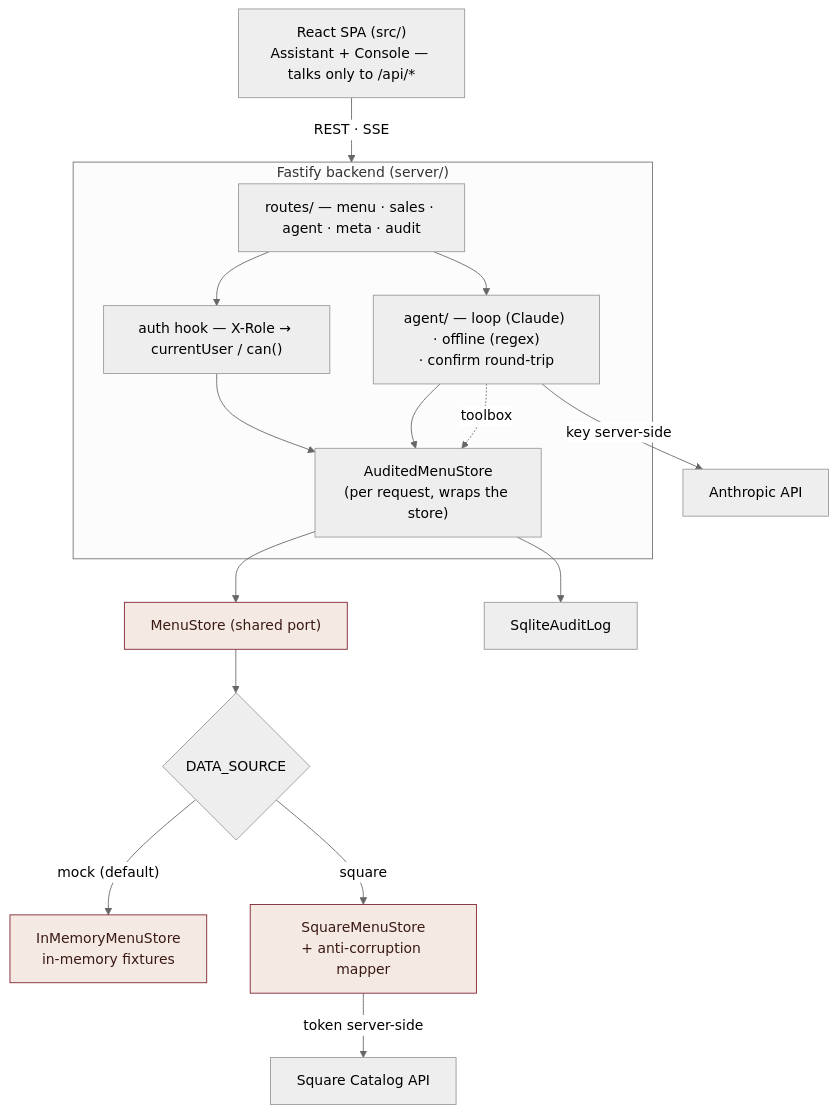
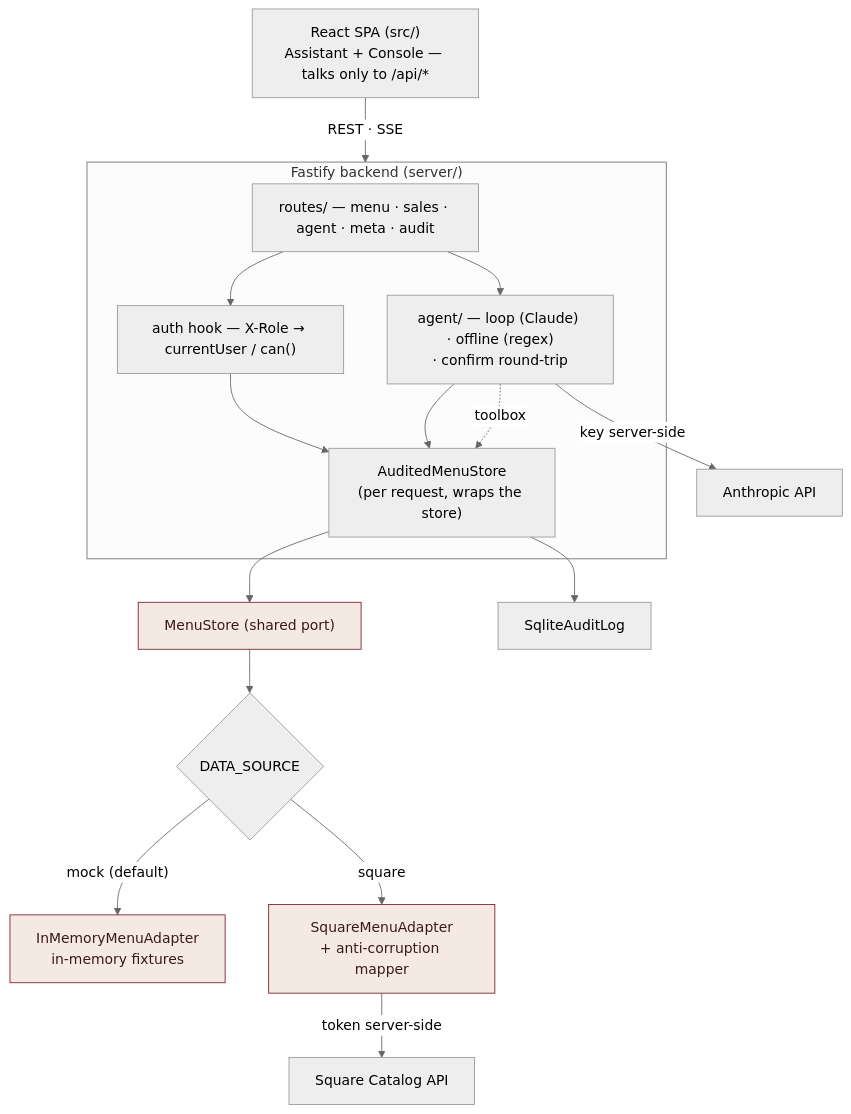
The first of 5 diagrams in ARCHITECTURE.md (daniel-citrus/CapheVietPOS), drawn with Mermaid (neutral theme) before and after one commit. The commit also changed other lines of this file and 14 other files, not shown here.

First line of the commit message:
refactor: name store impls *Adapter, route plugins *Router

````diff
--- a/ARCHITECTURE.md
+++ b/ARCHITECTURE.md
@@ -55,29 +55,29 @@
 ```mermaid
 flowchart TD
   BROWSER["React SPA (src/)<br/>Assistant + Console — talks only to /api/*"]
   BROWSER -->|"REST · SSE"| API
 
   subgraph API["Fastify backend (server/)"]
     ROUTES["routes/ — menu · sales · agent · meta · audit"]
     AUTH["auth hook — X-Role → currentUser / can()"]
     AUDITED["AuditedMenuStore<br/>(per request, wraps the store)"]
     AGENT["agent/ — loop (Claude) · offline (regex)<br/>· confirm round-trip"]
     ROUTES --> AUTH --> AUDITED
     ROUTES --> AGENT --> AUDITED
   end
 
   AUDITED --> PORT
   AGENT -. "toolbox" .-> AUDITED
 
   PORT["MenuStore (shared port)"]
   PORT --> SEL{"DATA_SOURCE"}
-  SEL -->|"mock (default)"| MEM["InMemoryMenuStore<br/>in-memory fixtures"]
-  SEL -->|"square"| SQ["SquareMenuStore<br/>+ anti-corruption mapper"]
+  SEL -->|"mock (default)"| MEM["InMemoryMenuAdapter<br/>in-memory fixtures"]
+  SEL -->|"square"| SQ["SquareMenuAdapter<br/>+ anti-corruption mapper"]
 
   SQ -->|"token server-side"| SQUARE["Square Catalog API"]
   AGENT -->|"key server-side"| ANTHROPIC["Anthropic API"]
   AUDITED --> LOG["SqliteAuditLog"]
 
   classDef seam fill:#f5e9e4,stroke:#7d1f2d,color:#3a1a14;
   class PORT,MEM,SQ seam
 ```
````
